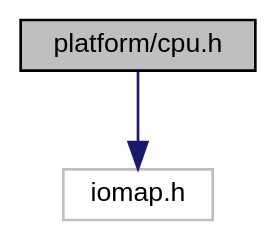
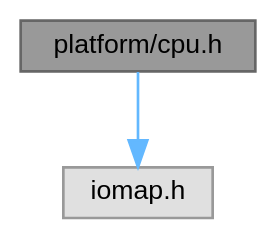
The diagram in cpu_8h__incl.dot (ebs-universe/piolib-platform), drawn with Graphviz before and after one commit. The commit also changed 216 other files, not shown here.

```diff
--- a/cpu_8h__incl.dot
+++ b/cpu_8h__incl.dot
@@ -1,11 +1,11 @@
 digraph "platform/cpu.h"
 {
  // INTERACTIVE_SVG=YES
  // LATEX_PDF_SIZE
   bgcolor="transparent";
-  edge [fontname="Helvetica",fontsize="10",labelfontname="Helvetica",labelfontsize="10"];
-  node [fontname="Helvetica",fontsize="10",shape=record];
-  Node1 [label="platform/cpu.h",height=0.2,width=0.4,color="black", fillcolor="grey75", style="filled", fontcolor="black",tooltip="Definitions for EBS CPU controls."];
-  Node1 -> Node2 [color="midnightblue",fontsize="10",style="solid",fontname="Helvetica"];
-  Node2 [label="iomap.h",height=0.2,width=0.4,color="grey75",tooltip=" "];
+  edge [fontname=Helvetica,fontsize=10,labelfontname=Helvetica,labelfontsize=10];
+  node [fontname=Helvetica,fontsize=10,shape=box,height=0.2,width=0.4];
+  Node1 [id="Node000001",label="platform/cpu.h",height=0.2,width=0.4,color="gray40", fillcolor="grey60", style="filled", fontcolor="black",tooltip="Definitions for EBS CPU controls."];
+  Node1 -> Node2 [id="edge1_Node000001_Node000002",color="steelblue1",style="solid",tooltip=" "];
+  Node2 [id="Node000002",label="iomap.h",height=0.2,width=0.4,color="grey60", fillcolor="#E0E0E0", style="filled",tooltip=" "];
 }
```
